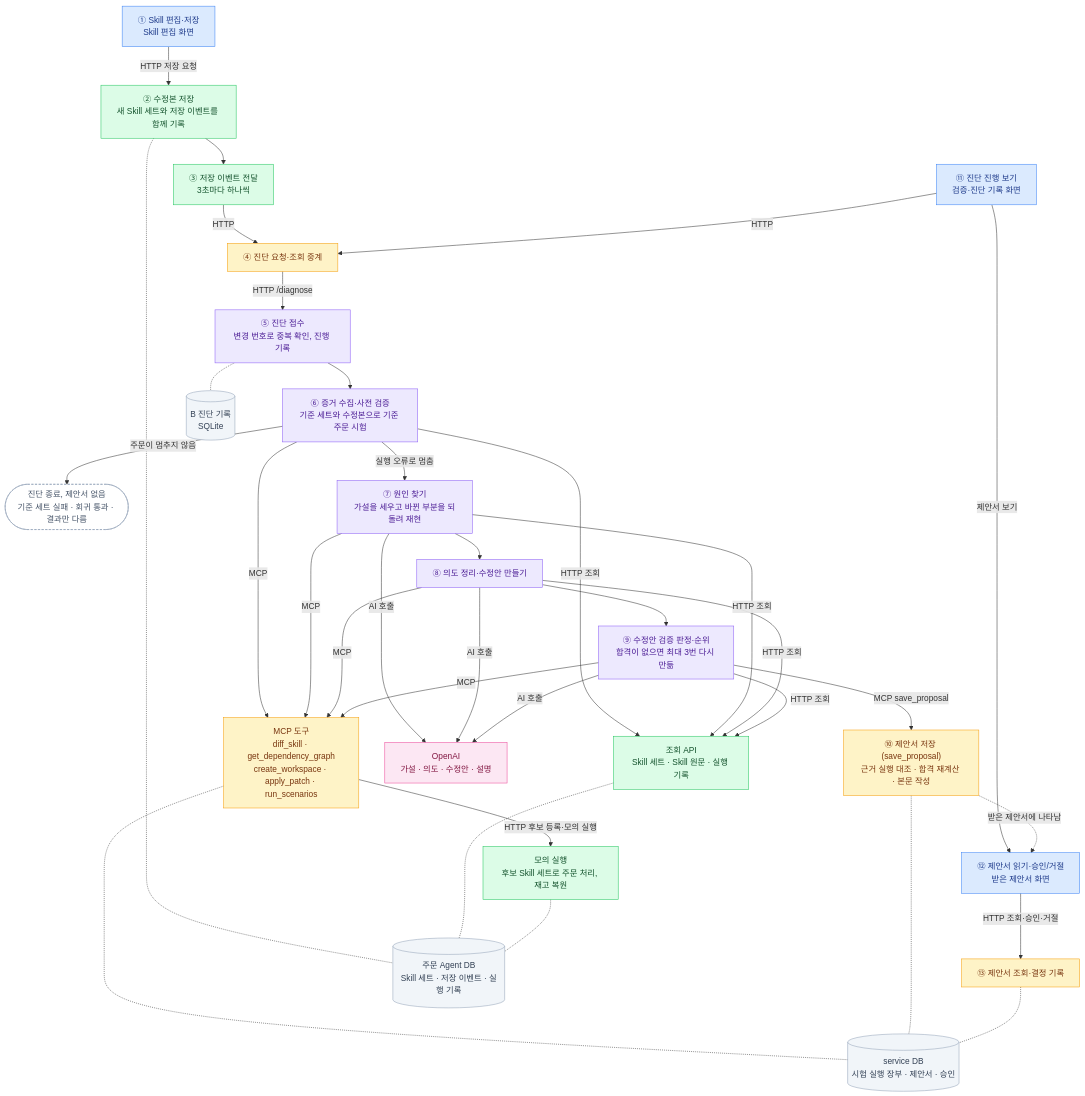
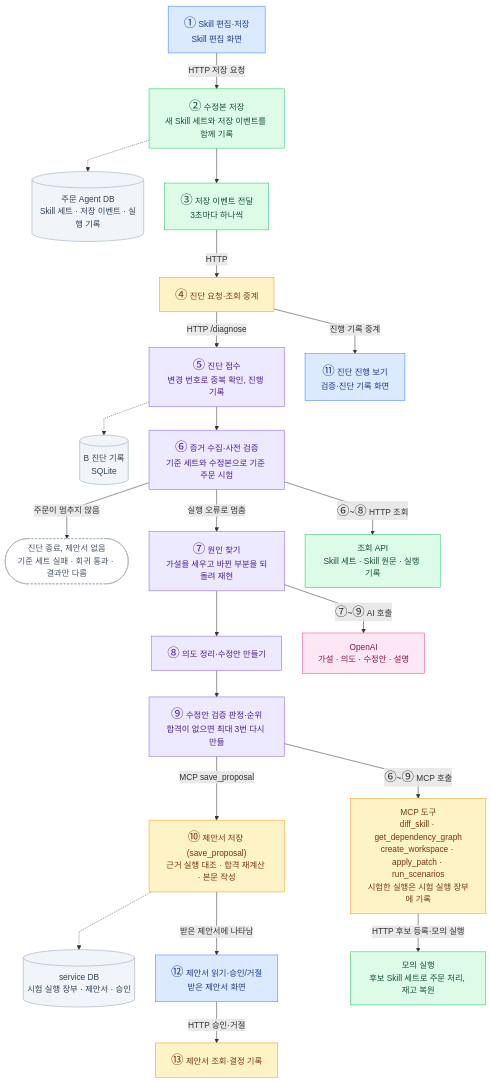
Before and after one commit to SKALA-2026-10-team4/ai-agent-capstone: the diagram in docs/architecture/skill-change-to-proposal.md, drawn with Mermaid. The commit also changed other lines of this file and 1 other file, not shown here.

Commit message:
[DOCS] 흐름도 배치를 곧은 선으로 바꾸고 README에 넣음
주 흐름 ①~⑬을 한 세로줄에 세우고, 저장소·종료는 왼쪽, 도구·진행 화면은
오른쪽에 둔다. 선은 직선(linear)으로 그리고, 원 숫자는 1.5배로 키운다.

````diff
--- a/docs/architecture/skill-change-to-proposal.md
+++ b/docs/architecture/skill-change-to-proposal.md
@@ -18,65 +18,78 @@
 ```mermaid
+%%{init: {"flowchart": {"curve": "linear", "nodeSpacing": 40, "rankSpacing": 45}}}%%
 flowchart TD
-    UI1["① Skill 편집·저장<br/>Skill 편집 화면"]
-    OA1["② 수정본 저장<br/>새 Skill 세트와 저장 이벤트를 함께 기록"]
-    OA2["③ 저장 이벤트 전달<br/>3초마다 하나씩"]
-    SV1["④ 진단 요청·조회 중계"]
-    AG1["⑤ 진단 접수<br/>변경 번호로 중복 확인, 진행 기록"]
-    AG2["⑥ 증거 수집·사전 검증<br/>기준 세트와 수정본으로 기준 주문 시험"]
+    %% 같은 줄의 좌우 순서는 노드를 선언한 순서를 따릅니다: 왼쪽 옆 노드, 주 흐름, 오른쪽 옆 노드
+    %% G1~G6은 주 흐름이 한 세로줄에 서도록 좌우 균형을 맞추는 빈 칸이고, 화면에 보이지 않습니다
+    UI1["<span style='font-size:1.5em'>①</span> Skill 편집·저장<br/>Skill 편집 화면"]
+    OA1["<span style='font-size:1.5em'>②</span> 수정본 저장<br/>새 Skill 세트와 저장 이벤트를 함께 기록"]
+    DB1[("주문 Agent DB<br/>Skill 세트 · 저장 이벤트 · 실행 기록")]
+    OA2["<span style='font-size:1.5em'>③</span> 저장 이벤트 전달<br/>3초마다 하나씩"]
+    G1[" "]
+    SV1["<span style='font-size:1.5em'>④</span> 진단 요청·조회 중계"]
+    G2[" "]
+    AG1["<span style='font-size:1.5em'>⑤</span> 진단 접수<br/>변경 번호로 중복 확인, 진행 기록"]
+    UI2["<span style='font-size:1.5em'>⑪</span> 진단 진행 보기<br/>검증·진단 기록 화면"]
+    DB3[("B 진단 기록<br/>SQLite")]
+    AG2["<span style='font-size:1.5em'>⑥</span> 증거 수집·사전 검증<br/>기준 세트와 수정본으로 기준 주문 시험"]
+    G3[" "]
     END1(["진단 종료, 제안서 없음<br/>기준 세트 실패 · 회귀 통과 · 결과만 다름"])
-    AG3["⑦ 원인 찾기<br/>가설을 세우고 바뀐 부분을 되돌려 재현"]
-    AG4["⑧ 의도 정리·수정안 만들기"]
-    AG5["⑨ 수정안 검증 판정·순위<br/>합격이 없으면 최대 3번 다시 만듦"]
-    SV2["MCP 도구<br/>diff_skill · get_dependency_graph<br/>create_workspace · apply_patch · run_scenarios"]
+    AG3["<span style='font-size:1.5em'>⑦</span> 원인 찾기<br/>가설을 세우고 바뀐 부분을 되돌려 재현"]
     OA3["조회 API<br/>Skill 세트 · Skill 원문 · 실행 기록"]
+    G4[" "]
+    AG4["<span style='font-size:1.5em'>⑧</span> 의도 정리·수정안 만들기"]
+    LLM["OpenAI<br/>가설 · 의도 · 수정안 · 설명"]
+    AG5["<span style='font-size:1.5em'>⑨</span> 수정안 검증 판정·순위<br/>합격이 없으면 최대 3번 다시 만듦"]
+    G5[" "]
+    SV3["<span style='font-size:1.5em'>⑩</span> 제안서 저장 (save_proposal)<br/>근거 실행 대조 · 합격 재계산 · 본문 작성"]
+    SV2["MCP 도구<br/>diff_skill · get_dependency_graph<br/>create_workspace · apply_patch · run_scenarios<br/>시험한 실행은 시험 실행 장부에 기록"]
+    DB2[("service DB<br/>시험 실행 장부 · 제안서 · 승인")]
+    UI3["<span style='font-size:1.5em'>⑫</span> 제안서 읽기·승인/거절<br/>받은 제안서 화면"]
+    G6[" "]
     OA4["모의 실행<br/>후보 Skill 세트로 주문 처리, 재고 복원"]
-    LLM["OpenAI<br/>가설 · 의도 · 수정안 · 설명"]
-    SV3["⑩ 제안서 저장 (save_proposal)<br/>근거 실행 대조 · 합격 재계산 · 본문 작성"]
-    UI2["⑪ 진단 진행 보기<br/>검증·진단 기록 화면"]
-    UI3["⑫ 제안서 읽기·승인/거절<br/>받은 제안서 화면"]
-    SV4["⑬ 제안서 조회·결정 기록"]
-    DB1[("주문 Agent DB<br/>Skill 세트 · 저장 이벤트 · 실행 기록")]
-    DB2[("service DB<br/>시험 실행 장부 · 제안서 · 승인")]
-    DB3[("B 진단 기록<br/>SQLite")]
+    SV4["<span style='font-size:1.5em'>⑬</span> 제안서 조회·결정 기록"]
 
     UI1 -->|"HTTP 저장 요청"| OA1
+    OA1 -.-> DB1
     OA1 --> OA2
+    OA1 ~~~ G1
     OA2 -->|"HTTP"| SV1
+    SV1 -->|"진행 기록 중계"| UI2
     SV1 -->|"HTTP /diagnose"| AG1
+    SV1 ~~~ G2
+    AG1 -.-> DB3
     AG1 --> AG2
+    AG1 ~~~ G3
     AG2 -->|"주문이 멈추지 않음"| END1
     AG2 -->|"실행 오류로 멈춤"| AG3
+    AG2 -->|"<span style='font-size:1.5em'>⑥</span>~<span style='font-size:1.5em'>⑧</span> HTTP 조회"| OA3
+    AG3 ~~~ G4
     AG3 --> AG4
+    AG3 -->|"<span style='font-size:1.5em'>⑦</span>~<span style='font-size:1.5em'>⑨</span> AI 호출"| LLM
     AG4 --> AG5
+    AG5 ~~~ G5
     AG5 -->|"MCP save_proposal"| SV3
-
-    AG2 & AG3 & AG4 & AG5 -->|"MCP"| SV2
-    AG2 & AG3 & AG4 & AG5 -->|"HTTP 조회"| OA3
+    AG5 -->|"<span style='font-size:1.5em'>⑥</span>~<span style='font-size:1.5em'>⑨</span> MCP 호출"| SV2
+    SV3 -.-> DB2
+    SV3 -->|"받은 제안서에 나타남"| UI3
+    SV3 ~~~ G6
     SV2 -->|"HTTP 후보 등록·모의 실행"| OA4
-    AG3 & AG4 & AG5 -->|"AI 호출"| LLM
-
-    UI2 -->|"HTTP"| SV1
-    UI2 -->|"제안서 보기"| UI3
-    UI3 -->|"HTTP 조회·승인·거절"| SV4
-    SV3 -.->|"받은 제안서에 나타남"| UI3
-
-    OA1 & OA3 & OA4 -.- DB1
-    SV2 & SV3 & SV4 -.- DB2
-    AG1 -.- DB3
+    UI3 -->|"HTTP 승인·거절"| SV4
 
     classDef ui fill:#DBEAFE,stroke:#3B82F6,color:#1E3A8A
     classDef oa fill:#DCFCE7,stroke:#22C55E,color:#14532D
     classDef svc fill:#FEF3C7,stroke:#F59E0B,color:#78350F
     classDef agent fill:#EDE9FE,stroke:#8B5CF6,color:#4C1D95
     classDef llm fill:#FCE7F3,stroke:#EC4899,color:#831843
     classDef store fill:#F1F5F9,stroke:#94A3B8,color:#334155
     classDef stop fill:#FFFFFF,stroke:#94A3B8,color:#475569,stroke-dasharray:4 3
+    classDef ghost fill:none,stroke:none,color:transparent
 
     class UI1,UI2,UI3 ui
     class OA1,OA2,OA3,OA4 oa
     class SV1,SV2,SV3,SV4 svc
     class AG1,AG2,AG3,AG4,AG5 agent
     class LLM llm
     class DB1,DB2,DB3 store
     class END1 stop
+    class G1,G2,G3,G4,G5,G6 ghost
 ```
````
